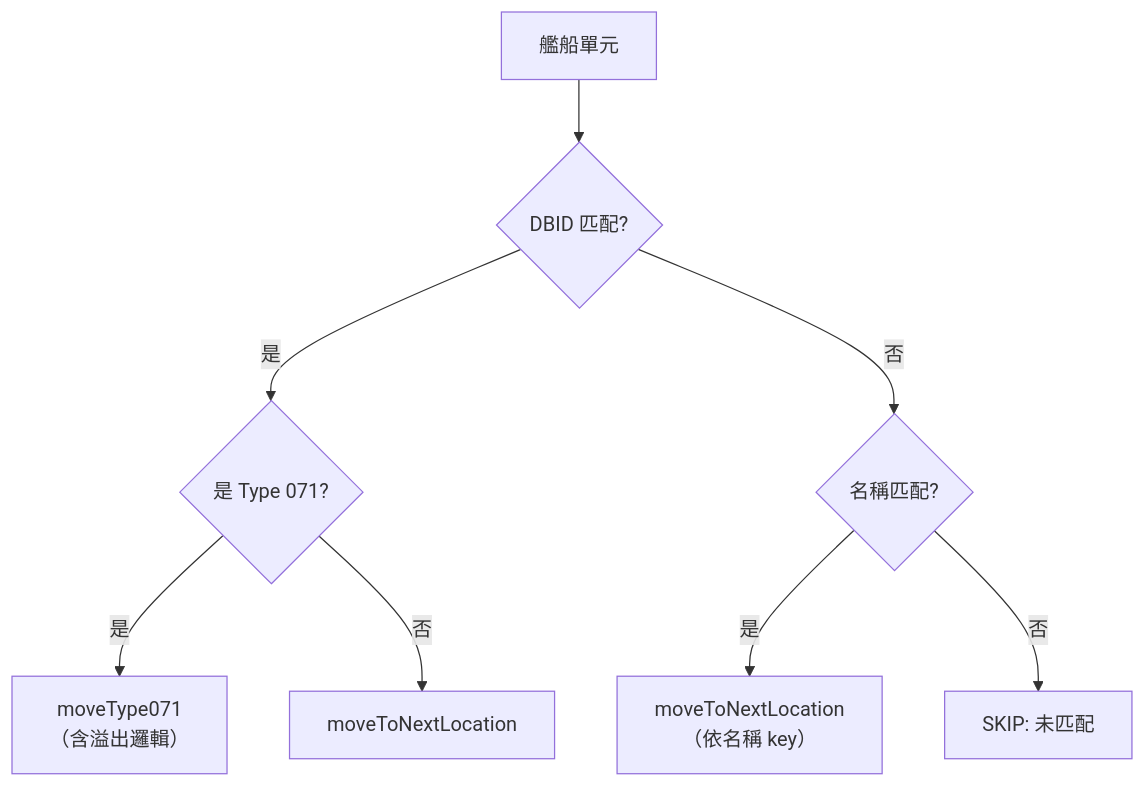
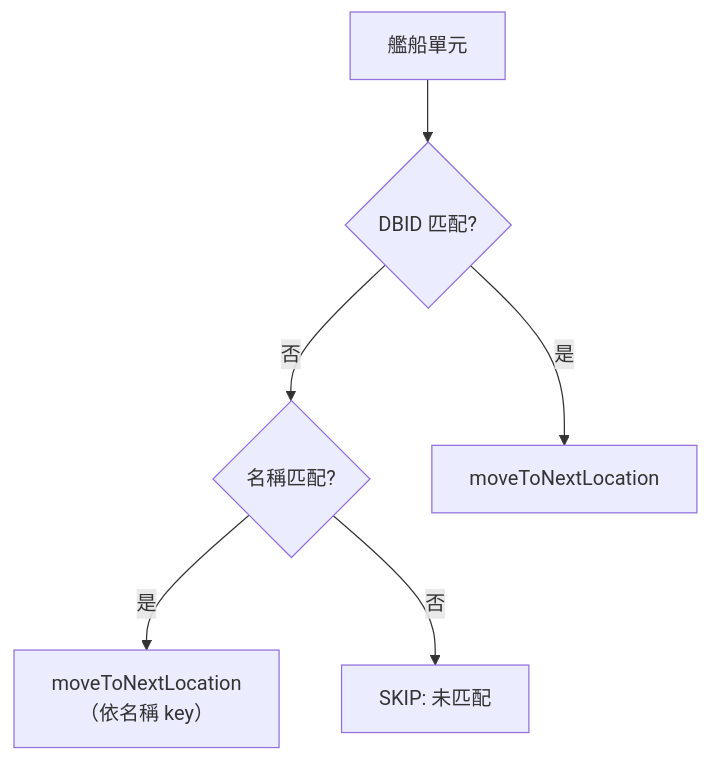
The second of 2 diagrams in docs/landingOps/shipMovement.md (pullupjumper/formosa-in-flames), drawn with Mermaid before and after one commit. The commit also changed other lines of this file and 15 other files, not shown here.

````diff
--- a/docs/landingOps/shipMovement.md
+++ b/docs/landingOps/shipMovement.md
@@ -84,19 +83,15 @@
 ```mermaid
 flowchart TD
     UNIT["艦船單元"]
     DBID_CHECK{DBID 匹配?}
-    IS_071{是 Type 071?}
     NAME_CHECK{名稱匹配?}
-    MOVE_071["moveType071<br>（含溢出邏輯）"]
     MOVE_NORMAL["moveToNextLocation"]
     MOVE_NAME["moveToNextLocation<br>（依名稱 key）"]
     SKIP["SKIP: 未匹配"]
 
     UNIT --> DBID_CHECK
-    DBID_CHECK -->|是| IS_071
-    IS_071 -->|是| MOVE_071
-    IS_071 -->|否| MOVE_NORMAL
+    DBID_CHECK -->|是| MOVE_NORMAL
     DBID_CHECK -->|否| NAME_CHECK
     NAME_CHECK -->|是| MOVE_NAME
     NAME_CHECK -->|否| SKIP
 ```
````
